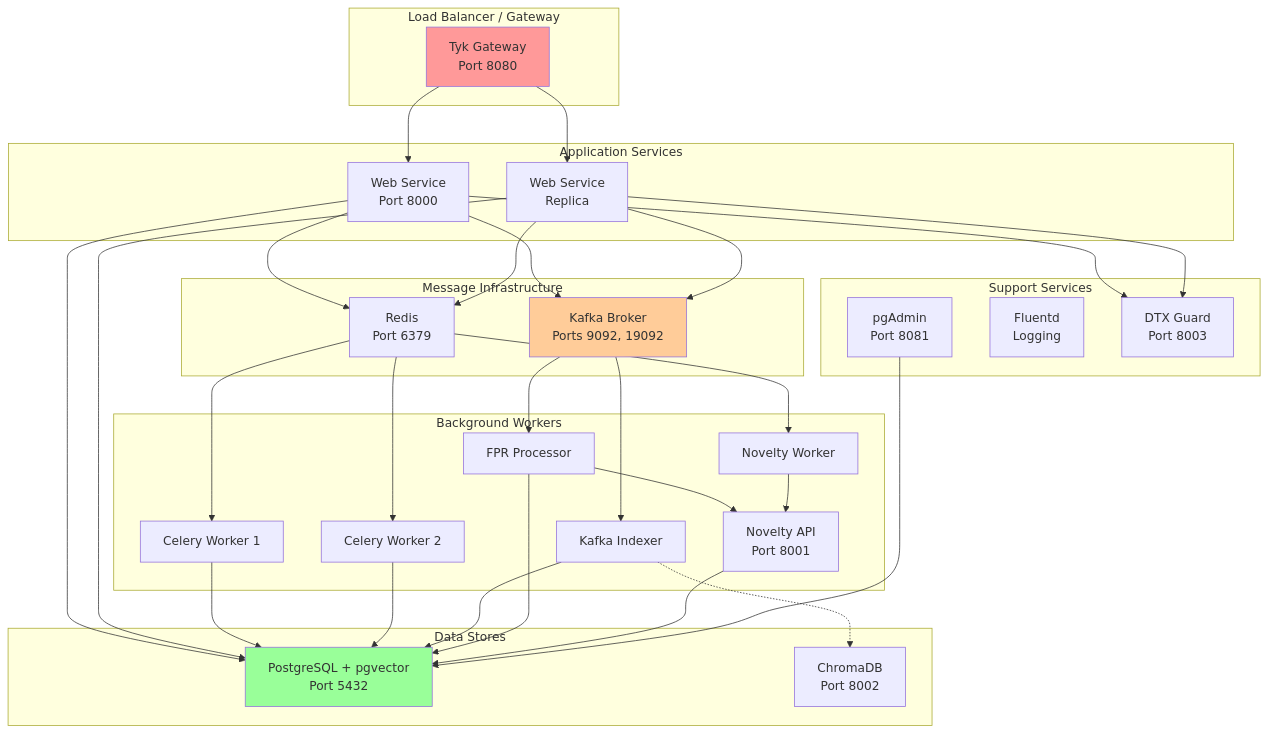
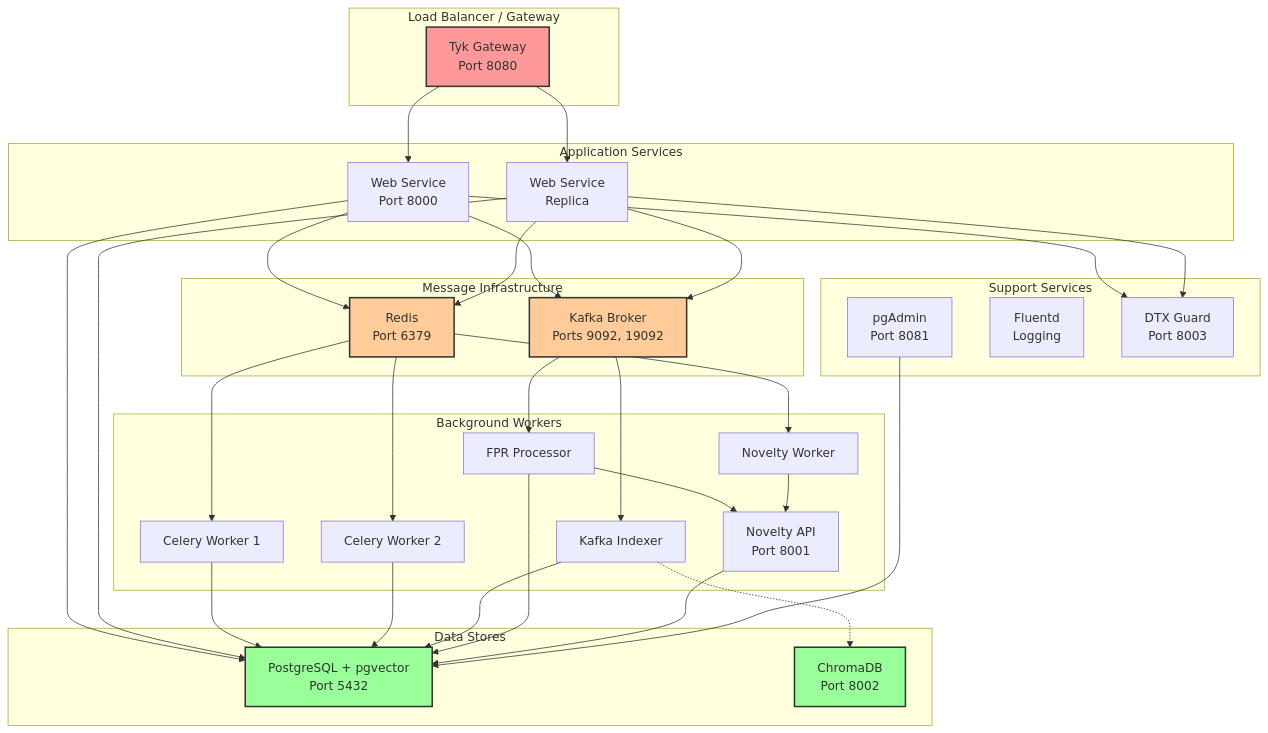
Before and after one commit to Vishwa0220/securaa-internal-documents: the seventh of 10 diagrams in sia-service-high-level-design.md, drawn with Mermaid. The commit also changed other lines of this file and 1 other file, not shown here.

First line of the commit message:
fix: correct mermaid diagram syntax in SIA service HLD and LLD

````diff
--- a/sia-service-high-level-design.md
+++ b/sia-service-high-level-design.md
@@ -505,73 +511,77 @@
 ```mermaid
 graph TB
-    subgraph "Load Balancer / Gateway"
+    subgraph Gateway["Load Balancer / Gateway"]
         TYK[Tyk Gateway<br/>Port 8080]
     end
     
-    subgraph "Application Services"
+    subgraph AppServices["Application Services"]
         WEB1[Web Service<br/>Port 8000]
         WEB2[Web Service<br/>Replica]
     end
     
-    subgraph "Background Workers"
+    subgraph Workers["Background Workers"]
         WORKER1[Celery Worker 1]
         WORKER2[Celery Worker 2]
         INDEXER[Kafka Indexer]
         FPR[FPR Processor]
         NAPI[Novelty API<br/>Port 8001]
         NWORKER[Novelty Worker]
     end
     
-    subgraph "Message Infrastructure"
+    subgraph MsgInfra["Message Infrastructure"]
         KAFKA[Kafka Broker<br/>Ports 9092, 19092]
         REDIS[Redis<br/>Port 6379]
     end
     
-    subgraph "Data Stores"
+    subgraph DataStores["Data Stores"]
         PG[PostgreSQL + pgvector<br/>Port 5432]
         CHROMA[ChromaDB<br/>Port 8002]
     end
     
-    subgraph "Support Services"
+    subgraph Support["Support Services"]
         PGADMIN[pgAdmin<br/>Port 8081]
         FLUENTD[Fluentd<br/>Logging]
         DTX[DTX Guard<br/>Port 8003]
     end
     
     TYK --> WEB1
     TYK --> WEB2
     
     WEB1 --> REDIS
     WEB1 --> KAFKA
     WEB1 --> PG
     WEB1 --> DTX
     
     WEB2 --> REDIS
     WEB2 --> KAFKA
     WEB2 --> PG
     WEB2 --> DTX
     
     REDIS --> WORKER1
     REDIS --> WORKER2
     REDIS --> NWORKER
     
     KAFKA --> INDEXER
     KAFKA --> FPR
     
     WORKER1 --> PG
     WORKER2 --> PG
     INDEXER --> PG
     FPR --> PG
     
     INDEXER -.-> CHROMA
     
     FPR --> NAPI
     NWORKER --> NAPI
     NAPI --> PG
     
     PGADMIN --> PG
     
-    style TYK fill:#ff9999
-    style KAFKA fill:#ffcc99
-    style PG fill:#99ff99
+    classDef gateway fill:#ff9999,stroke:#333,stroke-width:2px
+    classDef queue fill:#ffcc99,stroke:#333,stroke-width:2px
+    classDef database fill:#99ff99,stroke:#333,stroke-width:2px
+    
+    class TYK gateway
+    class KAFKA,REDIS queue
+    class PG,CHROMA database
 ```
````
